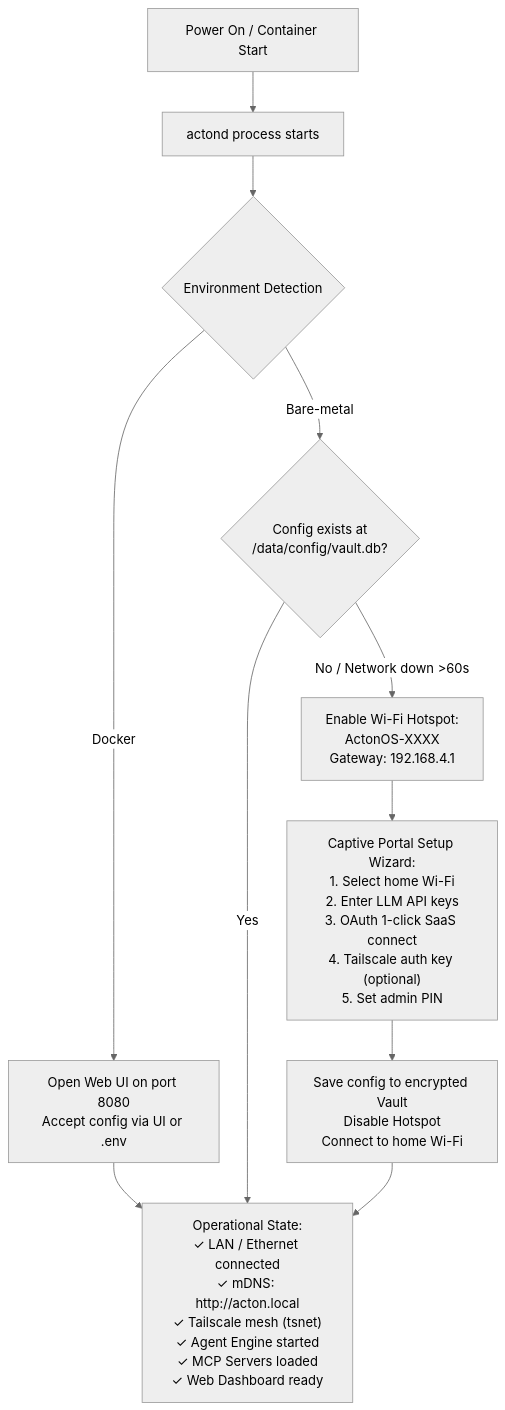
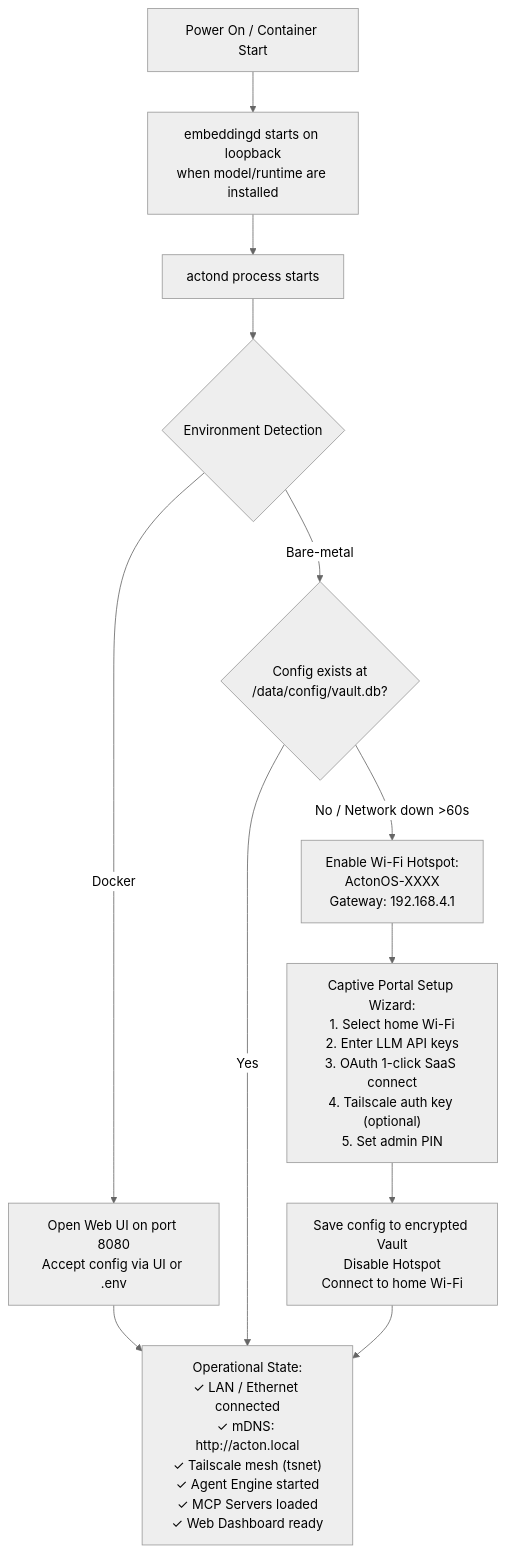
One commit to actonos/actonos changed the ninth of 10 diagrams in docs/ARCHITECTURE.md. Above: the diagram before and after it, drawn with Mermaid (neutral theme). The commit also changed other lines of this file and 52 other files, not shown here.

````diff
--- a/docs/ARCHITECTURE.md
+++ b/docs/ARCHITECTURE.md
@@ -632,13 +656,14 @@
 ```mermaid
 flowchart TD
-    A["Power On / Container Start"] --> B["actond process starts"]
+    A["Power On / Container Start"] --> B2["embeddingd starts on loopback\nwhen model/runtime are installed"]
+    B2 --> B["actond process starts"]
     B --> C{"Environment Detection"}
     C -->|Docker| D["Open Web UI on port 8080\nAccept config via UI or .env"]
     C -->|Bare-metal| E{"Config exists at\n/data/config/vault.db?"}
     E -->|Yes| H
     E -->|No / Network down >60s| F["Enable Wi-Fi Hotspot:\nActonOS-XXXX\nGateway: 192.168.4.1"]
     F --> G["Captive Portal Setup Wizard:\n1. Select home Wi-Fi\n2. Enter LLM API keys\n3. OAuth 1-click SaaS connect\n4. Tailscale auth key (optional)\n5. Set admin PIN"]
     G --> G2["Save config to encrypted Vault\nDisable Hotspot\nConnect to home Wi-Fi"]
     D --> H
     G2 --> H["Operational State:\n✓ LAN / Ethernet connected\n✓ mDNS: http://acton.local\n✓ Tailscale mesh (tsnet)\n✓ Agent Engine started\n✓ MCP Servers loaded\n✓ Web Dashboard ready"]
 ```
````
